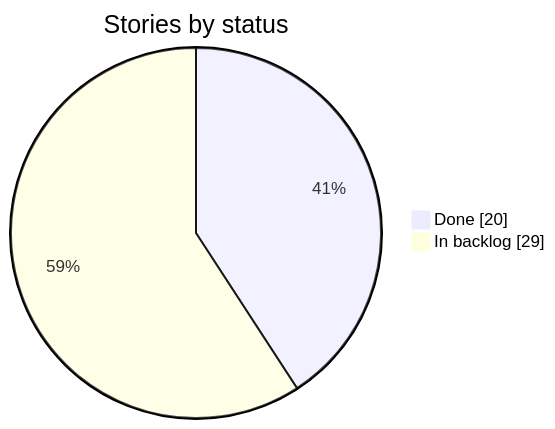
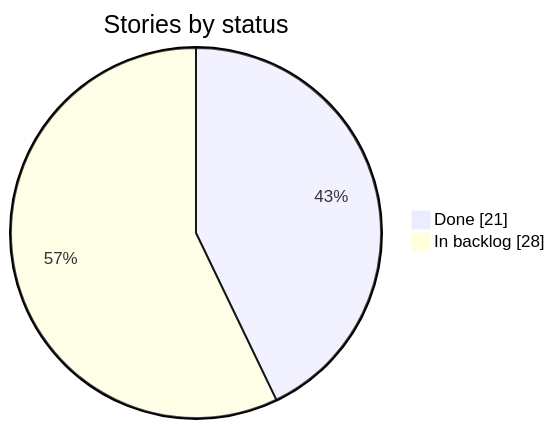
The second of 2 diagrams in DASHBOARD.md (carloshumbertoreyesortiz/agentic-sdlc-pilot), drawn with Mermaid before and after one commit. The commit also changed other lines of this file, not shown here.

````diff
--- a/DASHBOARD.md
+++ b/DASHBOARD.md
@@ -73,6 +73,6 @@
 ```mermaid
 pie showData
     title Stories by status
-    "Done" : 20
-    "In backlog" : 29
+    "Done" : 21
+    "In backlog" : 28
 ```
````
